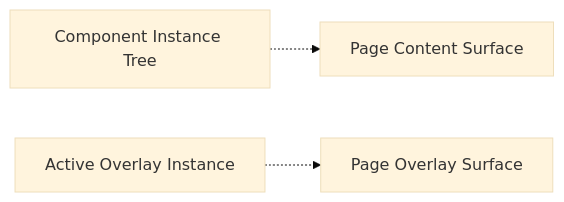
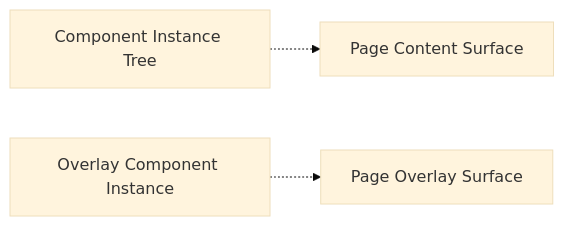
One commit to northwest-hcu/FlagShip changed the third of 8 diagrams in docs/architecture/02-core-principles.md. Above: the diagram before and after it, drawn with Mermaid (base theme). The commit also changed other lines of this file and 46 other files, not shown here.

````diff
--- a/docs/architecture/02-core-principles.md
+++ b/docs/architecture/02-core-principles.md
@@ -200,5 +199,5 @@
 ```mermaid
 flowchart LR
     Content["Component Instance Tree"] -.-> PageContent["Page Content Surface"]
-    Overlay["Active Overlay Instance"] -.-> PageOverlay["Page Overlay Surface"]
+    Overlay["Overlay Component Instance"] -.-> PageOverlay["Page Overlay Surface"]
 ```
````
